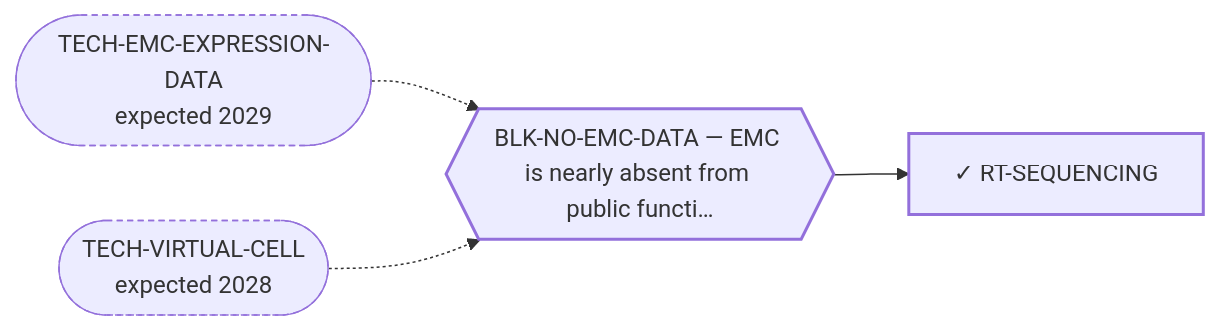
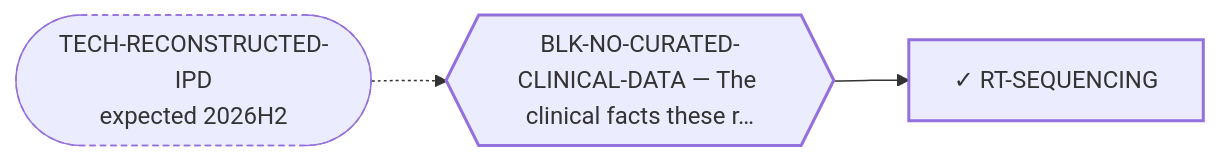
Before and after one commit to trimcrae/Rare-cancers: the diagram in systems/views/L2-rt-sequencing.md, drawn with Mermaid. The commit also changed other lines of this file and 41 other files, not shown here.

````diff
--- a/systems/views/L2-rt-sequencing.md
+++ b/systems/views/L2-rt-sequencing.md
@@ -27,14 +27,12 @@
 ```mermaid
 flowchart LR
   RT_SEQUENCING["✓ RT-SEQUENCING"]:::fam
-  BLK_NO_EMC_DATA{{"BLK-NO-EMC-DATA — EMC is nearly absent from public functi…"}}:::blk
-  BLK_NO_EMC_DATA --> RT_SEQUENCING
-  TECH_EMC_EXPRESSION_DATA(["TECH-EMC-EXPRESSION-DATA<br/>expected 2029"]):::tech
-  TECH_EMC_EXPRESSION_DATA -.-> BLK_NO_EMC_DATA
-  TECH_VIRTUAL_CELL(["TECH-VIRTUAL-CELL<br/>expected 2028"]):::tech
-  TECH_VIRTUAL_CELL -.-> BLK_NO_EMC_DATA
+  BLK_NO_CURATED_CLINICAL_DATA{{"BLK-NO-CURATED-CLINICAL-DATA — The clinical facts these r…"}}:::blk
+  BLK_NO_CURATED_CLINICAL_DATA --> RT_SEQUENCING
+  TECH_RECONSTRUCTED_IPD(["TECH-RECONSTRUCTED-IPD<br/>expected 2026H2"]):::tech
+  TECH_RECONSTRUCTED_IPD -.-> BLK_NO_CURATED_CLINICAL_DATA
   classDef fam stroke-width:2px;
   classDef blk stroke-width:2px;
   classDef perm stroke-width:4px;
   classDef tech stroke-width:1px,stroke-dasharray:4 3;
 ```
````
